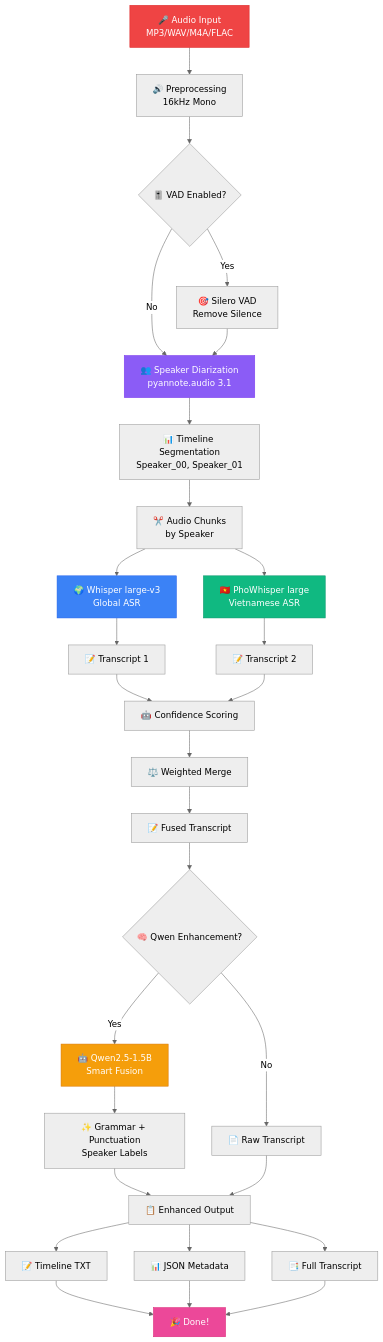
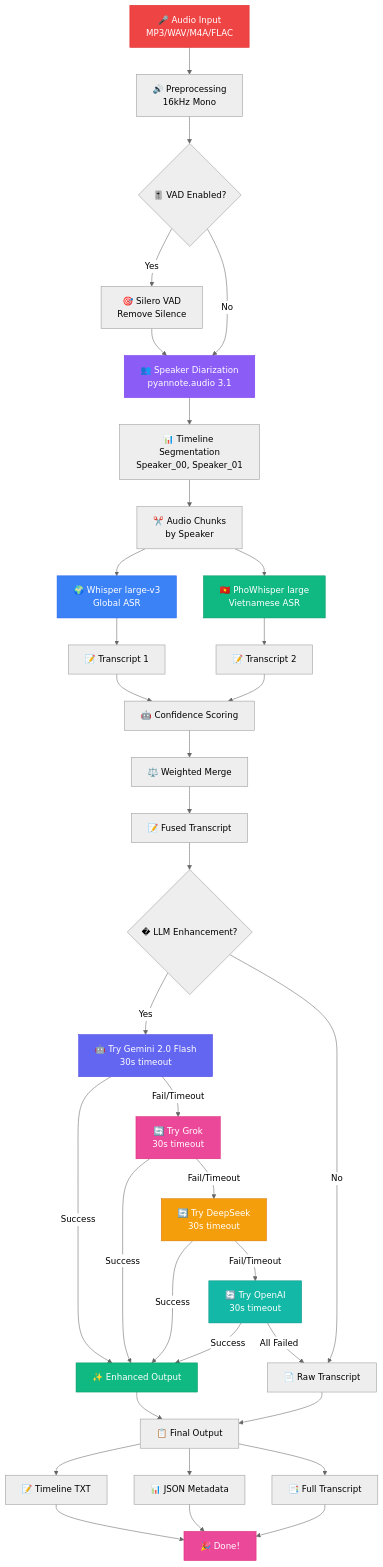
One commit to SkastVnT/AI-Assistant changed the seventh of 19 diagrams in README.md. Above: the diagram before and after it, drawn with Mermaid (neutral theme). The commit also changed other lines of this file and 3 other files, not shown here.

First line of the commit message:
feat(speech2text): Upgrade to v3.7+ with Gemini 2.0 Flash and auto-fallback chain

````diff
--- a/README.md
+++ b/README.md
@@ -778,43 +782,56 @@
 ```mermaid
 graph TB
     A[🎤 Audio Input<br/>MP3/WAV/M4A/FLAC] --> B[🔊 Preprocessing<br/>16kHz Mono]
     B --> C{🎚️ VAD Enabled?}
     C -->|Yes| D[🎯 Silero VAD<br/>Remove Silence]
     C -->|No| E[👥 Speaker Diarization<br/>pyannote.audio 3.1]
     D --> E
     
     E --> F[📊 Timeline Segmentation<br/>Speaker_00, Speaker_01]
     F --> G[✂️ Audio Chunks<br/>by Speaker]
     
     G --> H1[🌍 Whisper large-v3<br/>Global ASR]
     G --> H2[🇻🇳 PhoWhisper large<br/>Vietnamese ASR]
     H1 --> I1[📝 Transcript 1]
     H2 --> I2[📝 Transcript 2]
     
     I1 --> J[🤖 Confidence Scoring]
     I2 --> J
     J --> K[⚖️ Weighted Merge]
     K --> L[📝 Fused Transcript]
     
-    L --> M{🧠 Qwen Enhancement?}
-    M -->|Yes| N[🤖 Qwen2.5-1.5B<br/>Smart Fusion]
+    L --> M{� LLM Enhancement?}
+    M -->|Yes| N1[🤖 Try Gemini 2.0 Flash<br/>30s timeout]
     M -->|No| O[📄 Raw Transcript]
-    N --> P[✨ Grammar + Punctuation<br/>Speaker Labels]
-    P --> Q[📋 Enhanced Output]
-    O --> Q
+    
+    N1 -->|Success| P[✨ Enhanced Output]
+    N1 -->|Fail/Timeout| N2[🔄 Try Grok<br/>30s timeout]
+    N2 -->|Success| P
+    N2 -->|Fail/Timeout| N3[🔄 Try DeepSeek<br/>30s timeout]
+    N3 -->|Success| P
+    N3 -->|Fail/Timeout| N4[🔄 Try OpenAI<br/>30s timeout]
+    N4 -->|Success| P
+    N4 -->|All Failed| O
+    
+    O --> Q[📋 Final Output]
+    P --> Q
     
     Q --> R1[📝 Timeline TXT]
     Q --> R2[📊 JSON Metadata]
     Q --> R3[📑 Full Transcript]
     
     R1 --> S[🎉 Done!]
     R2 --> S
     R3 --> S
     
     style A fill:#EF4444,stroke:#DC2626,color:#fff
     style E fill:#8B5CF6,stroke:#7C3AED,color:#fff
     style H1 fill:#3B82F6,stroke:#2563EB,color:#fff
     style H2 fill:#10B981,stroke:#059669,color:#fff
-    style N fill:#F59E0B,stroke:#D97706,color:#fff
+    style N1 fill:#6366F1,stroke:#4F46E5,color:#fff
+    style N2 fill:#EC4899,stroke:#DB2777,color:#fff
+    style N3 fill:#F59E0B,stroke:#D97706,color:#fff
+    style N4 fill:#14B8A6,stroke:#0D9488,color:#fff
+    style P fill:#10B981,stroke:#059669,color:#fff
     style S fill:#EC4899,stroke:#DB2777,color:#fff
 ```
````
